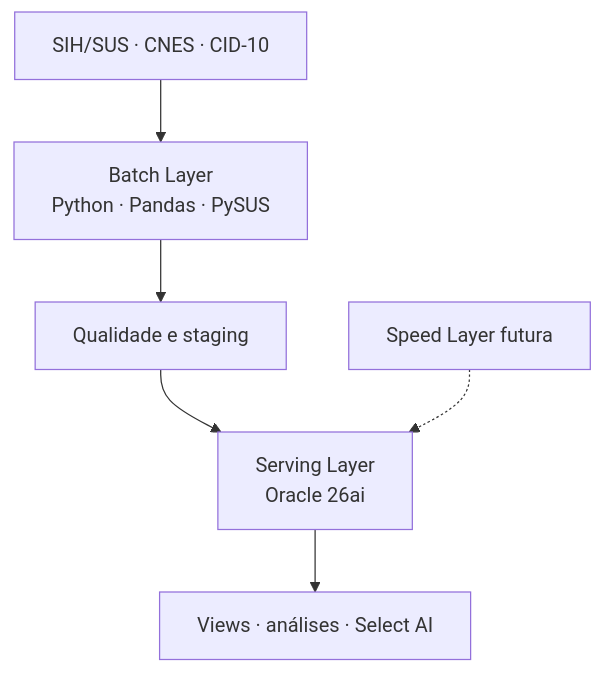
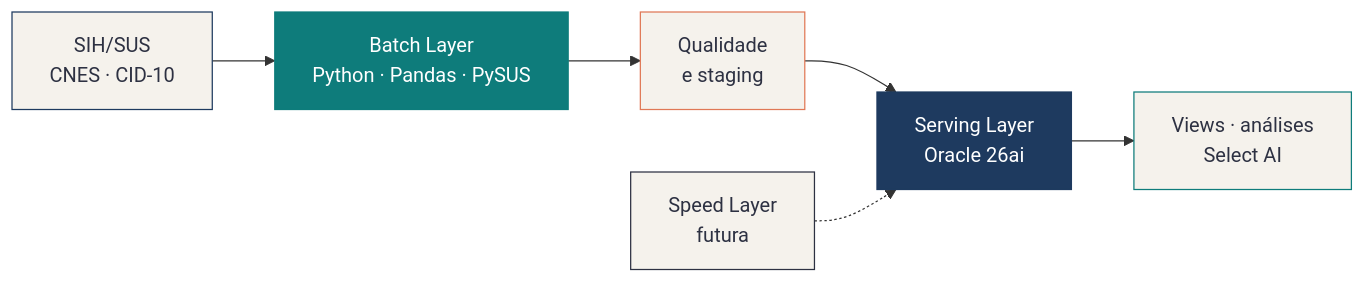
Before and after one commit to tsukishikawa/mindlink: the diagram in README.md, drawn with Mermaid. The commit also changed other lines of this file, not shown here.

````diff
--- a/README.md
+++ b/README.md
@@ -39,8 +62,15 @@
 ```mermaid
-flowchart TD
-    A["SIH/SUS · CNES · CID-10"] --> B["Batch Layer<br/>Python · Pandas · PySUS"]
-    B --> C["Qualidade e staging"]
+flowchart LR
+    A["SIH/SUS<br/>CNES · CID-10"] --> B["Batch Layer<br/>Python · Pandas · PySUS"]
+    B --> C["Qualidade<br/>e staging"]
     C --> D["Serving Layer<br/>Oracle 26ai"]
-    D --> E["Views · análises · Select AI"]
-    F["Speed Layer futura"] -.-> D
+    D --> E["Views · análises<br/>Select AI"]
+    F["Speed Layer<br/>futura"] -.-> D
+
+    style A fill:#F5F2EC,stroke:#1E3A5F,color:#2D3142
+    style B fill:#0E7C7B,stroke:#0E7C7B,color:#fff
+    style C fill:#F5F2EC,stroke:#E07856,color:#2D3142
+    style D fill:#1E3A5F,stroke:#1E3A5F,color:#fff
+    style E fill:#F5F2EC,stroke:#0E7C7B,color:#2D3142
+    style F fill:#F5F2EC,stroke:#2D3142,color:#2D3142
 ```
````
